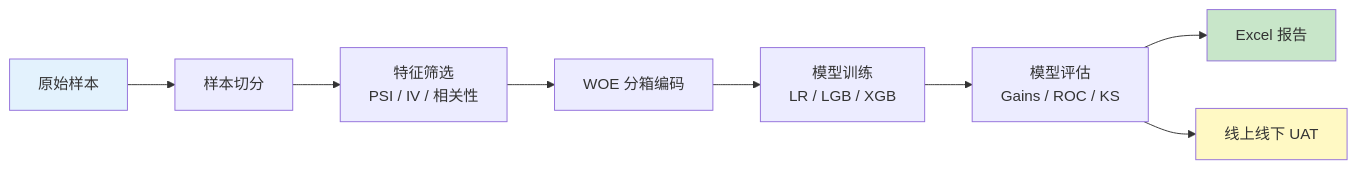
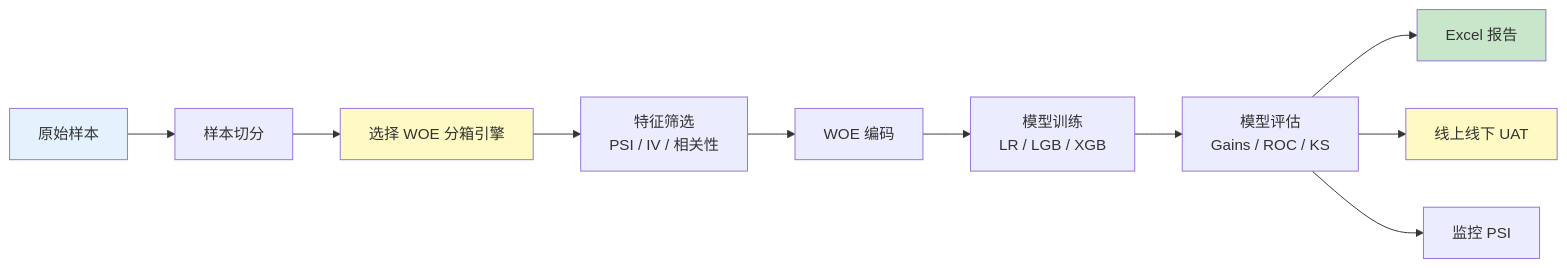
One commit to Kyle-J-Sun/SuperModelingFactory_doc changed the diagram in docs/pipeline.md. Above: the diagram before and after it, drawn with Mermaid. The commit also changed other lines of this file and 6 other files, not shown here.

````diff
--- a/docs/pipeline.md
+++ b/docs/pipeline.md
@@ -7,14 +7,17 @@
 ```mermaid
 flowchart LR
     A[原始样本] --> B[样本切分]
-    B --> C[特征筛选<br/>PSI / IV / 相关性]
-    C --> D[WOE 分箱编码]
-    D --> E[模型训练<br/>LR / LGB / XGB]
-    E --> F[模型评估<br/>Gains / ROC / KS]
-    F --> G[Excel 报告]
-    F --> H[线上线下 UAT]
+    B --> C[选择 WOE 分箱引擎]
+    C --> D[特征筛选<br/>PSI / IV / 相关性]
+    D --> E[WOE 编码]
+    E --> F[模型训练<br/>LR / LGB / XGB]
+    F --> G[模型评估<br/>Gains / ROC / KS]
+    G --> H[Excel 报告]
+    G --> I[线上线下 UAT]
+    G --> J[监控 PSI]
 
     style A fill:#e3f2fd
-    style G fill:#c8e6c9
-    style H fill:#fff9c4
+    style C fill:#fff9c4
+    style H fill:#c8e6c9
+    style I fill:#fff9c4
 ```
````
